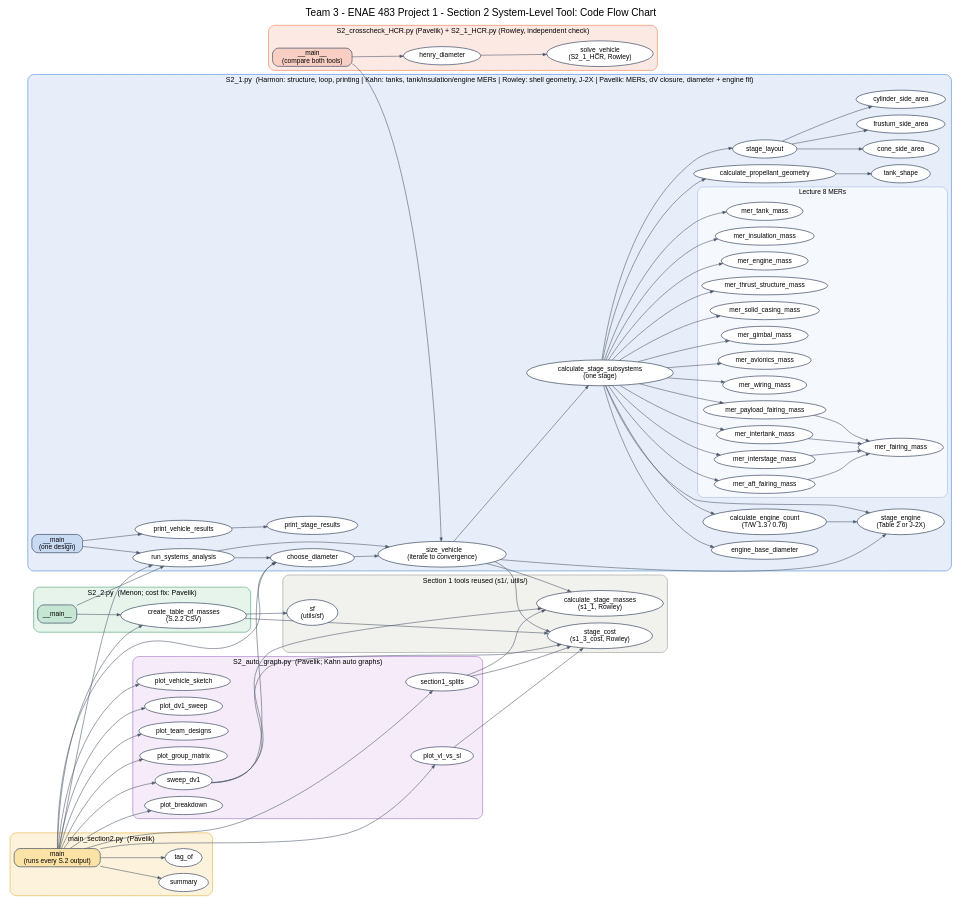
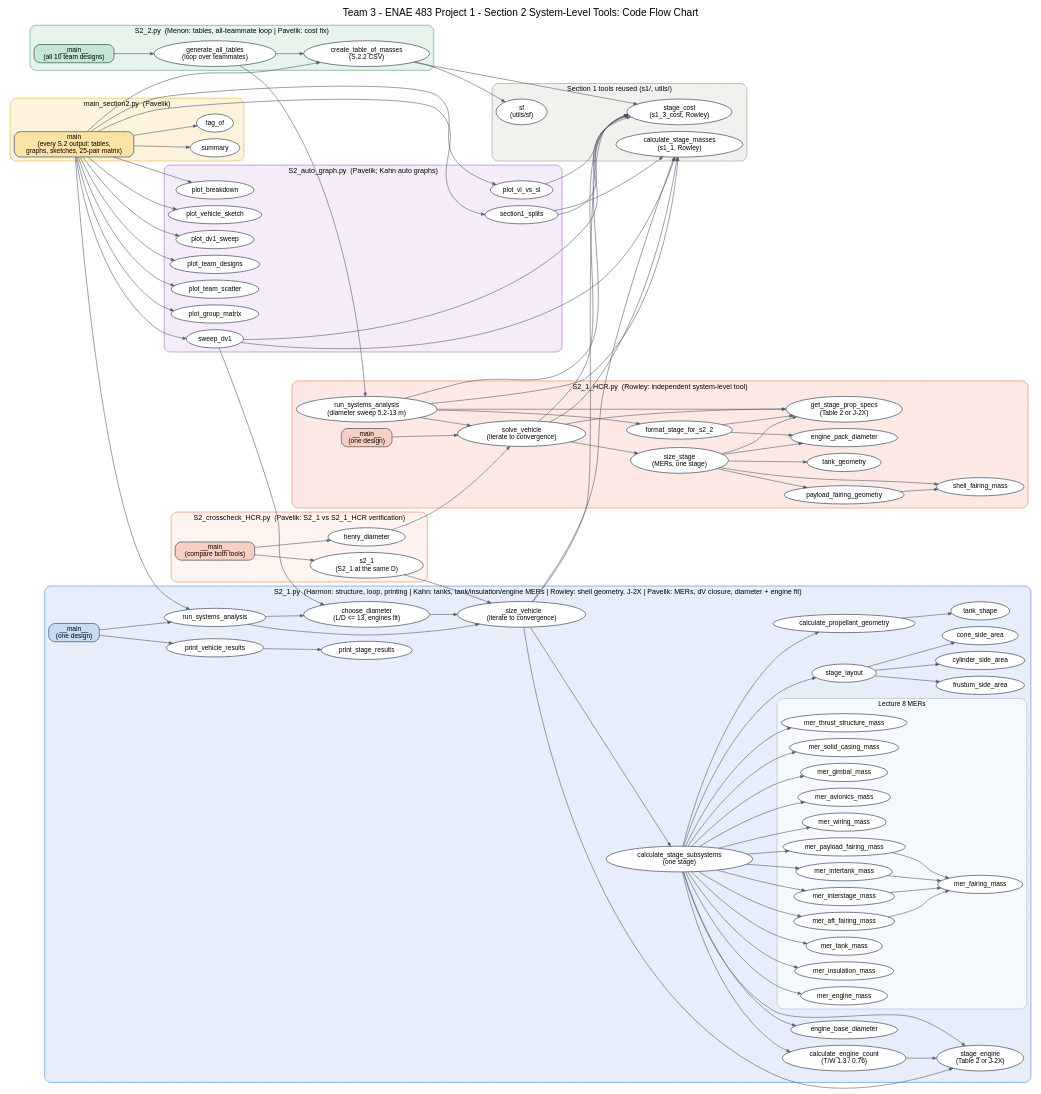
The diagram in docs/S2_code_flowchart.dot (AerospadeX007/SYS-PROJ-1), drawn with Graphviz before and after one commit. The commit also changed 4 other files, not shown here.

First line of the commit message:
Flow chart for current main (S2_2 all-teammate loop via S2_1_HCR, HCR diameter sweep, team scatter); cross-check labels after Henry's fix; README: the two S.2.2 table paths

```diff
--- a/docs/S2_code_flowchart.dot
+++ b/docs/S2_code_flowchart.dot
@@ -1,64 +1,92 @@
 // Section 2 (system-level tool) code flow chart -- A.5.b / G.3
-// Regenerate: dot -Tpdf S2_code_flowchart.dot -o S2_code_flowchart.pdf
-// Author: Shaunn Pavelik (10/8/2026, updated 10/14 for J-2X + cross-check), from the call graph of the Section 2 files
+// Regenerate: dot -Tpdf S2_code_flowchart.dot -o S2_code_flowchart.pdf ; dot -Tpng -Gdpi=150 S2_code_flowchart.dot -o S2_code_flowchart.png
+// Author: Shaunn Pavelik (10/8/2026; updated 10/14 for J-2X + cross-check; 10/15 for S2_2's all-teammate
+// loop and S2_1_HCR's diameter sweep), from the call graph of the Section 2 files on main
 digraph S2 {
   rankdir=LR; newrank=true; nodesep=0.18; ranksep=0.55; compound=true;
-  graph [fontname="Helvetica", fontsize=20, labelloc=t, label="Team 3 - ENAE 483 Project 1 - Section 2 System-Level Tool: Code Flow Chart\n"];
+  graph [fontname="Helvetica", fontsize=20, labelloc=t, label="Team 3 - ENAE 483 Project 1 - Section 2 System-Level Tools: Code Flow Chart\n"];
   node  [shape=ellipse, fontname="Helvetica", fontsize=13, style=filled, fillcolor="#ffffff", color="#33415c", penwidth=1.3];
   edge  [color="#4a5568", arrowsize=0.7, penwidth=1.1];
 
   subgraph cluster_main { label="main_section2.py  (Pavelik)"; style="rounded,filled"; fillcolor="#fdf3dc"; color="#e0a526"; fontsize=14;
-    main [label="main\n(runs every S.2 output)", shape=box, style="rounded,filled,bold", fillcolor="#fbe3a6"];
+    main [label="main\n(every S.2 output: tables,\ngraphs, sketches, 25-pair matrix)", shape=box, style="rounded,filled,bold", fillcolor="#fbe3a6"];
     summary; tag_of;
   }
   subgraph cluster_s21 { label="S2_1.py  (Harmon: structure, loop, printing | Kahn: tanks, tank/insulation/engine MERs | Rowley: shell geometry, J-2X | Pavelik: MERs, dV closure, diameter + engine fit)"; style="rounded,filled"; fillcolor="#e7eef9"; color="#2a78d6"; fontsize=14;
     s21main [label="__main__\n(one design)", shape=box, style="rounded,filled,bold", fillcolor="#c9daf3"];
-    run_systems_analysis; choose_diameter; _size_vehicle [label="_size_vehicle\n(iterate to convergence)"];
+    run_systems_analysis [label="run_systems_analysis"]; choose_diameter [label="choose_diameter\n(L/D <= 13, engines fit)"];
+    _size_vehicle [label="_size_vehicle\n(iterate to convergence)"];
     calculate_stage_subsystems [label="calculate_stage_subsystems\n(one stage)"];
     calculate_propellant_geometry; tank_shape; stage_layout;
     cylinder_side_area; cone_side_area; frustum_side_area;
     calculate_engine_count [label="calculate_engine_count\n(T/W 1.3 / 0.76)"]; engine_base_diameter;
     stage_engine [label="stage_engine\n(Table 2 or J-2X)"];
     print_vehicle_results; print_stage_results;
     subgraph cluster_mer { label="Lecture 8 MERs"; style="rounded,filled"; fillcolor="#f5f8fd"; color="#9ab4dc"; fontsize=13;
       mer_tank_mass; mer_insulation_mass; mer_engine_mass; mer_thrust_structure_mass; mer_solid_casing_mass;
       mer_gimbal_mass; mer_avionics_mass; mer_wiring_mass;
       mer_payload_fairing_mass; mer_intertank_mass; mer_interstage_mass; mer_aft_fairing_mass; mer_fairing_mass;
     }
   }
-  subgraph cluster_s22 { label="S2_2.py  (Menon; cost fix: Pavelik)"; style="rounded,filled"; fillcolor="#e6f4ec"; color="#2f8f5b"; fontsize=14;
-    s22main [label="__main__", shape=box, style="rounded,filled,bold", fillcolor="#c5e6d2"];
+  subgraph cluster_s22 { label="S2_2.py  (Menon: tables, all-teammate loop | Pavelik: cost fix)"; style="rounded,filled"; fillcolor="#e6f4ec"; color="#2f8f5b"; fontsize=14;
+    s22main [label="__main__\n(all 10 team designs)", shape=box, style="rounded,filled,bold", fillcolor="#c5e6d2"];
+    generate_all_tables [label="generate_all_tables\n(loop over teammates)"];
     create_table_of_masses [label="create_table_of_masses\n(S.2.2 CSV)"];
   }
+  subgraph cluster_hcr { label="S2_1_HCR.py  (Rowley: independent system-level tool)"; style="rounded,filled"; fillcolor="#fde9e4"; color="#eb6834"; fontsize=14;
+    hcrmain [label="__main__\n(one design)", shape=box, style="rounded,filled,bold", fillcolor="#f8cfc2"];
+    hcr_run [label="run_systems_analysis\n(diameter sweep 5.2-13 m)"];
+    solve_vehicle [label="solve_vehicle\n(iterate to convergence)"];
+    size_stage [label="size_stage\n(MERs, one stage)"];
+    format_stage_for_s2_2; get_stage_prop_specs [label="get_stage_prop_specs\n(Table 2 or J-2X)"];
+    tank_geometry; payload_fairing_geometry; shell_fairing_mass; engine_pack_diameter;
+  }
+  subgraph cluster_x { label="S2_crosscheck_HCR.py  (Pavelik: S2_1 vs S2_1_HCR verification)"; style="rounded,filled"; fillcolor="#fff4f0"; color="#eb6834"; fontsize=14;
+    xmain [label="__main__\n(compare both tools)", shape=box, style="rounded,filled,bold", fillcolor="#f8cfc2"];
+    henry_diameter; s2_1 [label="s2_1\n(S2_1 at the same D)"];
+  }
   subgraph cluster_graph { label="S2_auto_graph.py  (Pavelik; Kahn auto graphs)"; style="rounded,filled"; fillcolor="#f6ecf9"; color="#8e5bb5"; fontsize=14;
-    section1_splits; sweep_dv1; plot_breakdown; plot_vl_vs_sl; plot_vehicle_sketch; plot_dv1_sweep; plot_team_designs; plot_group_matrix;
-  }
-  subgraph cluster_x { label="S2_crosscheck_HCR.py (Pavelik) + S2_1_HCR.py (Rowley, independent check)"; style="rounded,filled"; fillcolor="#fde9e4"; color="#eb6834"; fontsize=14;
-    xmain [label="__main__\n(compare both tools)", shape=box, style="rounded,filled,bold", fillcolor="#f8cfc2"];
-    henry_diameter; solve_vehicle [label="solve_vehicle\n(S2_1_HCR, Rowley)"];
+    section1_splits; sweep_dv1; plot_breakdown; plot_vl_vs_sl; plot_vehicle_sketch; plot_dv1_sweep;
+    plot_team_designs; plot_team_scatter; plot_group_matrix;
   }
   subgraph cluster_s1 { label="Section 1 tools reused (s1/, utils/)"; style="rounded,filled"; fillcolor="#f1f1ee"; color="#8a8a85"; fontsize=14;
     calculate_stage_masses [label="calculate_stage_masses\n(s1_1, Rowley)"]; stage_cost [label="stage_cost\n(s1_3_cost, Rowley)"]; sf [label="sf\n(utils/sf)"];
   }
 
-  main -> {section1_splits run_systems_analysis create_table_of_masses plot_breakdown plot_vl_vs_sl plot_vehicle_sketch sweep_dv1 plot_dv1_sweep plot_team_designs plot_group_matrix summary tag_of choose_diameter};
+  // main_section2: S2_1 results -> S2_2 tables + every graph
+  main -> {section1_splits run_systems_analysis create_table_of_masses plot_breakdown plot_vl_vs_sl plot_vehicle_sketch sweep_dv1 plot_dv1_sweep plot_team_designs plot_team_scatter plot_group_matrix summary tag_of};
   s21main -> {run_systems_analysis print_vehicle_results};
-  s22main -> {run_systems_analysis create_table_of_masses};
   run_systems_analysis -> {choose_diameter _size_vehicle};
   choose_diameter -> _size_vehicle;
-  _size_vehicle -> {calculate_stage_masses calculate_stage_subsystems stage_cost};
+  _size_vehicle -> {calculate_stage_masses calculate_stage_subsystems stage_cost stage_engine};
   calculate_stage_subsystems -> {calculate_propellant_geometry stage_layout calculate_engine_count engine_base_diameter stage_engine};
   calculate_engine_count -> stage_engine;
-  _size_vehicle -> stage_engine;
-  xmain -> {henry_diameter _size_vehicle};
-  henry_diameter -> solve_vehicle;
   calculate_stage_subsystems -> {mer_tank_mass mer_insulation_mass mer_engine_mass mer_thrust_structure_mass mer_solid_casing_mass mer_gimbal_mass mer_avionics_mass mer_wiring_mass mer_payload_fairing_mass mer_intertank_mass mer_interstage_mass mer_aft_fairing_mass};
   {mer_payload_fairing_mass mer_intertank_mass mer_interstage_mass mer_aft_fairing_mass} -> mer_fairing_mass;
   calculate_propellant_geometry -> tank_shape;
   stage_layout -> {cylinder_side_area cone_side_area frustum_side_area};
   print_vehicle_results -> print_stage_results;
+
+  // S2_2: all ten designs through S2_1_HCR
+  s22main -> generate_all_tables;
+  generate_all_tables -> {hcr_run create_table_of_masses};
   create_table_of_masses -> {stage_cost sf};
+
+  // S2_1_HCR
+  hcrmain -> solve_vehicle;
+  hcr_run -> {solve_vehicle format_stage_for_s2_2 get_stage_prop_specs calculate_stage_masses stage_cost};
+  solve_vehicle -> {size_stage get_stage_prop_specs calculate_stage_masses stage_cost};
+  size_stage -> {get_stage_prop_specs tank_geometry payload_fairing_geometry shell_fairing_mass engine_pack_diameter};
+  payload_fairing_geometry -> shell_fairing_mass;
+  format_stage_for_s2_2 -> {get_stage_prop_specs engine_pack_diameter};
+
+  // cross-check
+  xmain -> {henry_diameter s2_1};
+  henry_diameter -> solve_vehicle;
+  s2_1 -> _size_vehicle;
+
+  // graphs
   section1_splits -> {calculate_stage_masses stage_cost};
   sweep_dv1 -> {choose_diameter calculate_stage_masses stage_cost};
   plot_vl_vs_sl -> stage_cost;
 }
```
